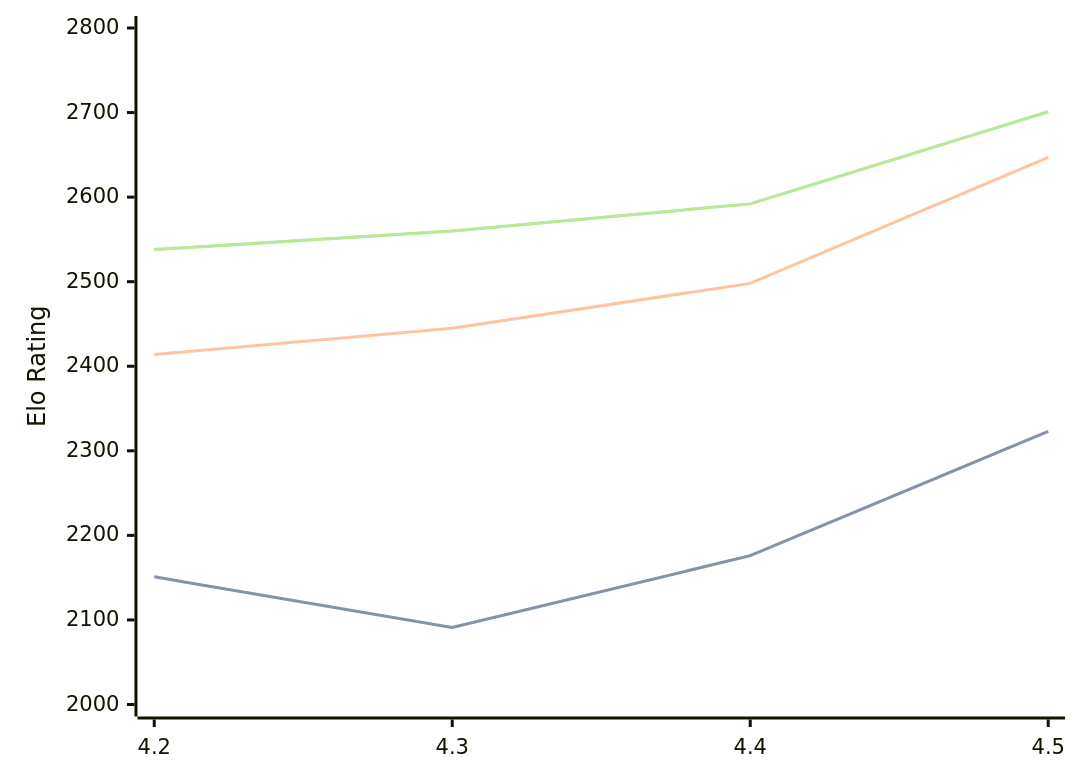
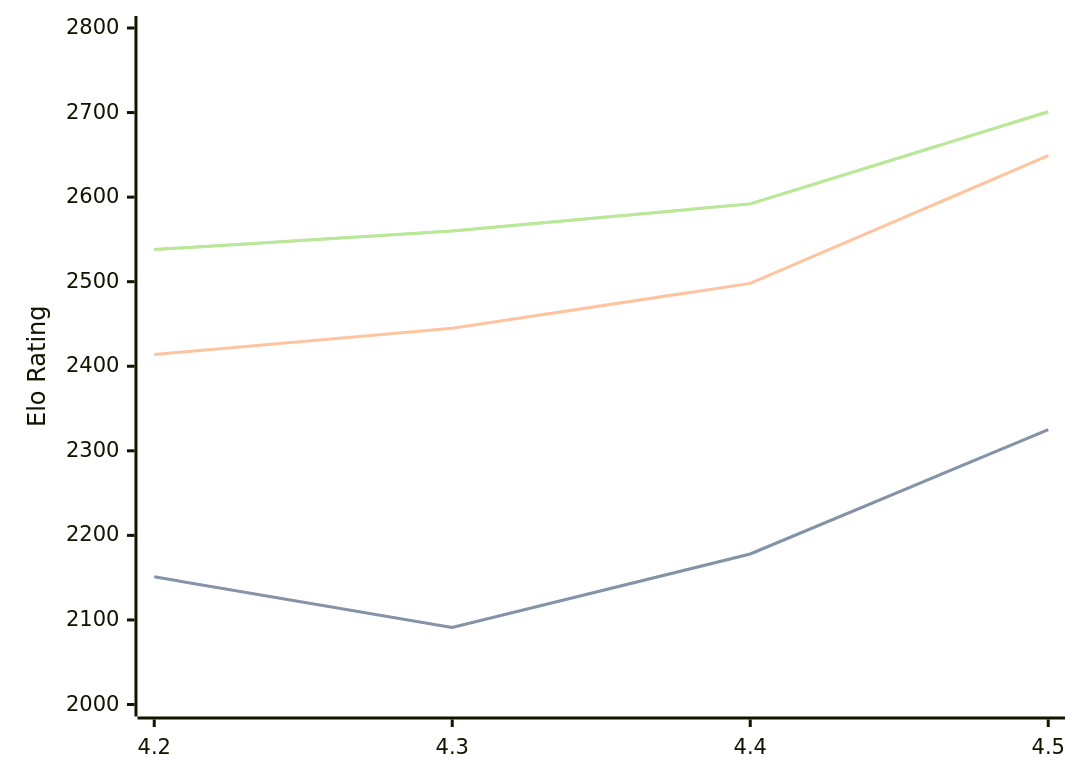
One commit to computer-chess-index/cci changed the third of 3 diagrams in engines/Eubos.md. Above: the diagram before and after it, drawn with Mermaid. The commit also changed other lines of this file, not shown here.

````diff
--- a/engines/Eubos.md
+++ b/engines/Eubos.md
@@ -123,11 +123,11 @@
 ```mermaid
 %%{init: {"theme":"base","themeVariables":{"seriesColors:['#a3a3a3','#222221','#faa371']}}}%%
 xychart-beta
   x-axis ["4.2", "4.3", "4.4", "4.5"]
   y-axis "Elo Rating" 2000 --> 2800
-  line "STC (8.0+0.08s)" [2151, 2091, 2176, 2323]
-  line "STC (8.0+0.08s)" [2151, 2091, 2176, 2323]
-  line "LTC (60.0+0.60s)" [2414, 2445, 2498, 2647]
+  line "STC (8.0+0.08s)" [2151, 2091, 2178, 2325]
+  line "STC (8.0+0.08s)" [2151, 2091, 2178, 2325]
+  line "LTC (60.0+0.60s)" [2414, 2445, 2498, 2649]
   line "VLTC (2m24s+1.12s)" [2538, 2560, 2592, 2701]
   line "VLTC (2m24s+1.12s)" [2538, 2560, 2592, 2701]
 ```
````
